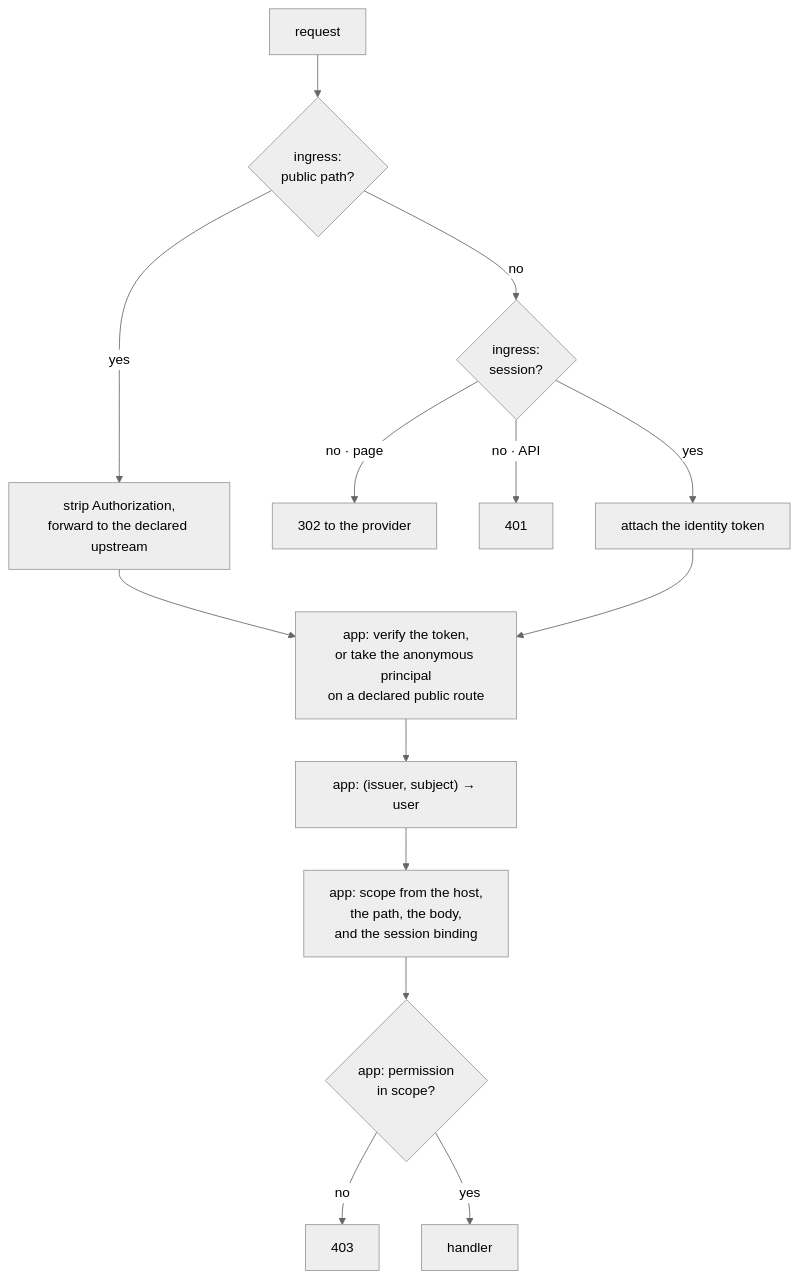
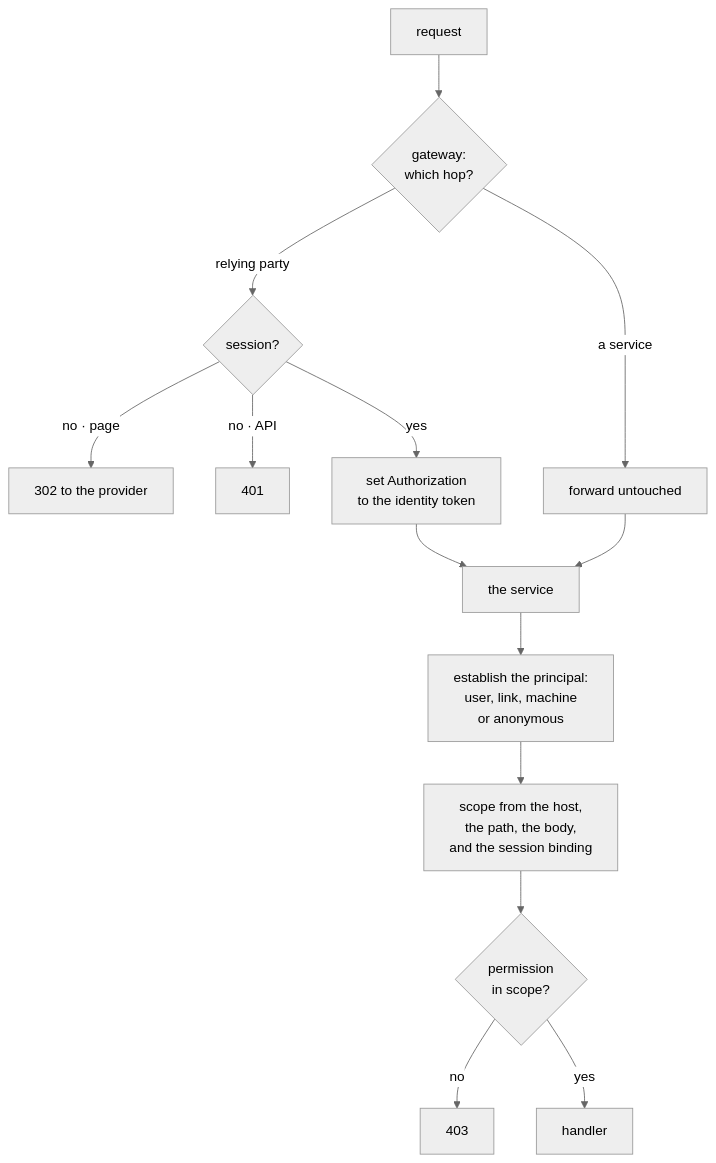
Before and after one commit to aurum-alpha/workflows: the fifth of 5 diagrams in standards/060-auth.md, drawn with Mermaid (neutral theme). The commit also changed other lines of this file and 10 other files, not shown here.

````diff
--- a/standards/060-auth.md
+++ b/standards/060-auth.md
@@ -520,16 +521,16 @@
 ```mermaid
 flowchart TD
-    B["request"] --> P{"ingress:<br/>public path?"}
-    P -->|yes| S["strip Authorization,<br/>forward to the declared upstream"]
-    P -->|no| C{"ingress:<br/>session?"}
-    C -->|"no · page"| L["302 to the provider"]
-    C -->|"no · API"| U["401"]
-    C -->|yes| T["attach the identity token"]
-    S --> V
-    T --> V["app: verify the token,<br/>or take the anonymous principal<br/>on a declared public route"]
-    V --> R["app: (issuer, subject) → user"]
-    R --> Q["app: scope from the host,<br/>the path, the body,<br/>and the session binding"]
-    Q --> D{"app: permission<br/>in scope?"}
+    B["request"] --> G{"gateway:<br/>which hop?"}
+    G -->|"relying party"| P{"session?"}
+    P -->|"no · page"| L["302 to the provider"]
+    P -->|"no · API"| U["401"]
+    P -->|yes| T["set Authorization<br/>to the identity token"]
+    G -->|"a service"| S["forward untouched"]
+    T --> A
+    S --> A["the service"]
+    A --> V["establish the principal:<br/>user, link, machine<br/>or anonymous"]
+    V --> Q["scope from the host,<br/>the path, the body,<br/>and the session binding"]
+    Q --> D{"permission<br/>in scope?"}
     D -->|no| F["403"]
     D -->|yes| H["handler"]
 ```
````
